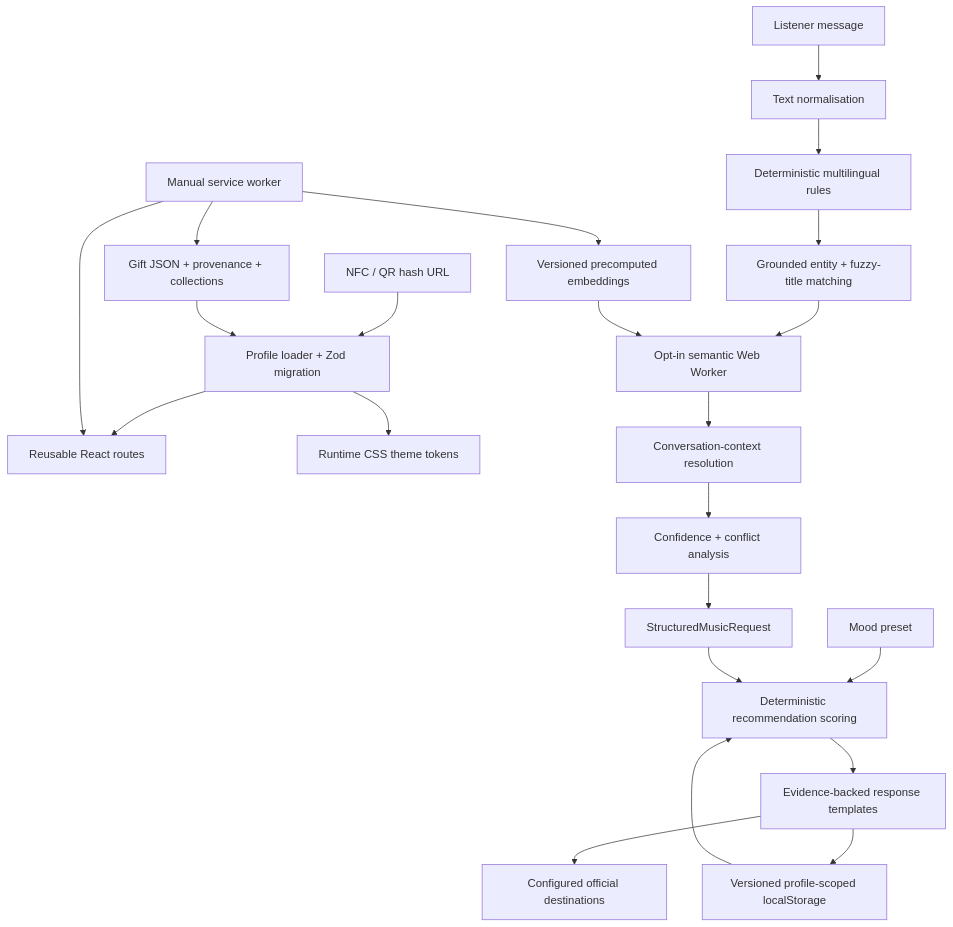
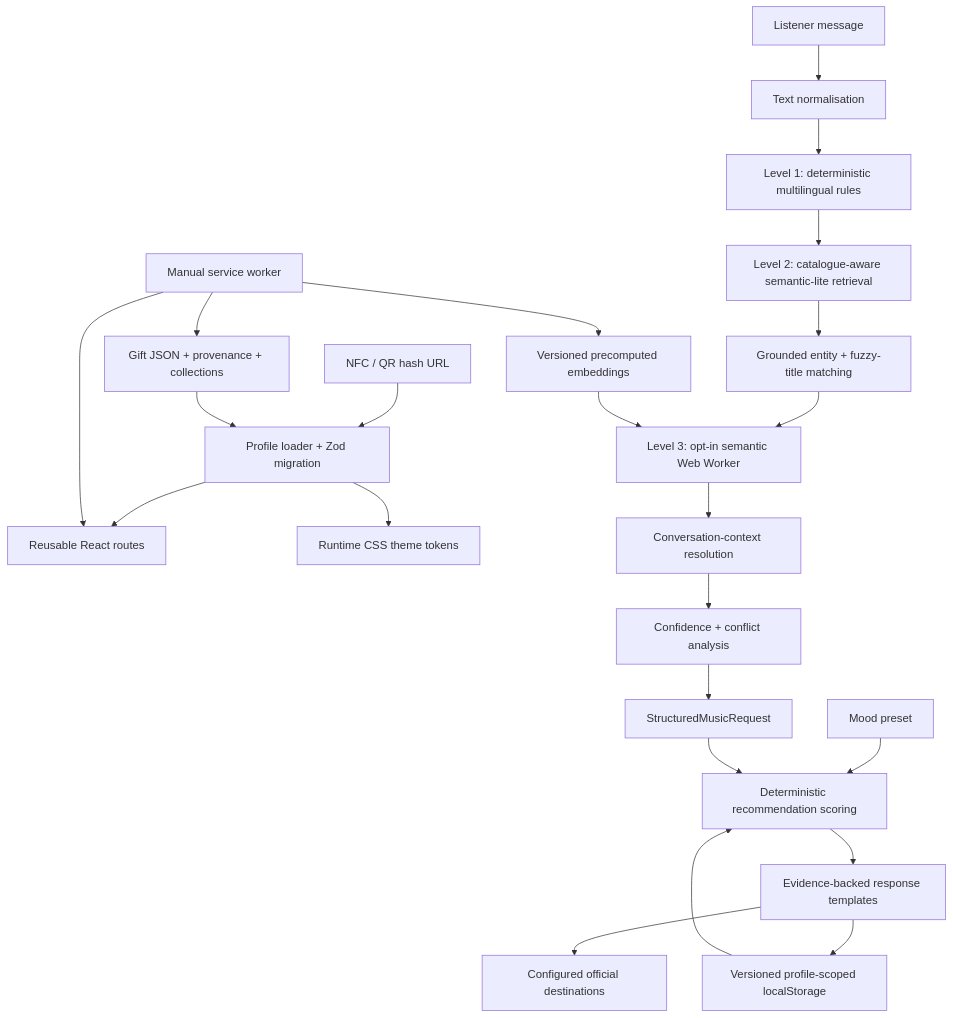
One commit to Wissebo-Abdulmajid/pink-fm changed the diagram in README.md. Above: the diagram before and after it, drawn with Mermaid. The commit also changed other lines of this file and 57 other files, not shown here.

````diff
--- a/README.md
+++ b/README.md
@@ -96,27 +106,28 @@
 ```mermaid
 flowchart TD
   URL["NFC / QR hash URL"] --> Loader["Profile loader + Zod migration"]
   JSON["Gift JSON + provenance + collections"] --> Loader
   Loader --> UI["Reusable React routes"]
   Loader --> Theme["Runtime CSS theme tokens"]
 
   Message["Listener message"] --> Normalise["Text normalisation"]
-  Normalise --> Rules["Deterministic multilingual rules"]
-  Rules --> Entities["Grounded entity + fuzzy-title matching"]
-  Entities --> Semantic["Opt-in semantic Web Worker"]
+  Normalise --> Rules["Level 1: deterministic multilingual rules"]
+  Rules --> Lite["Level 2: catalogue-aware semantic-lite retrieval"]
+  Lite --> Entities["Grounded entity + fuzzy-title matching"]
+  Entities --> Semantic["Level 3: opt-in semantic Web Worker"]
   Embeddings["Versioned precomputed embeddings"] --> Semantic
   Semantic --> Context["Conversation-context resolution"]
   Context --> Confidence["Confidence + conflict analysis"]
   Confidence --> Request["StructuredMusicRequest"]
 
   Preset["Mood preset"] --> Engine["Deterministic recommendation scoring"]
   Request --> Engine
   Storage["Versioned profile-scoped localStorage"] --> Engine
   Engine --> Response["Evidence-backed response templates"]
   Response --> Links["Configured official destinations"]
   Response --> Storage
 
   SW["Manual service worker"] --> UI
   SW --> JSON
   SW --> Embeddings
 ```
````
